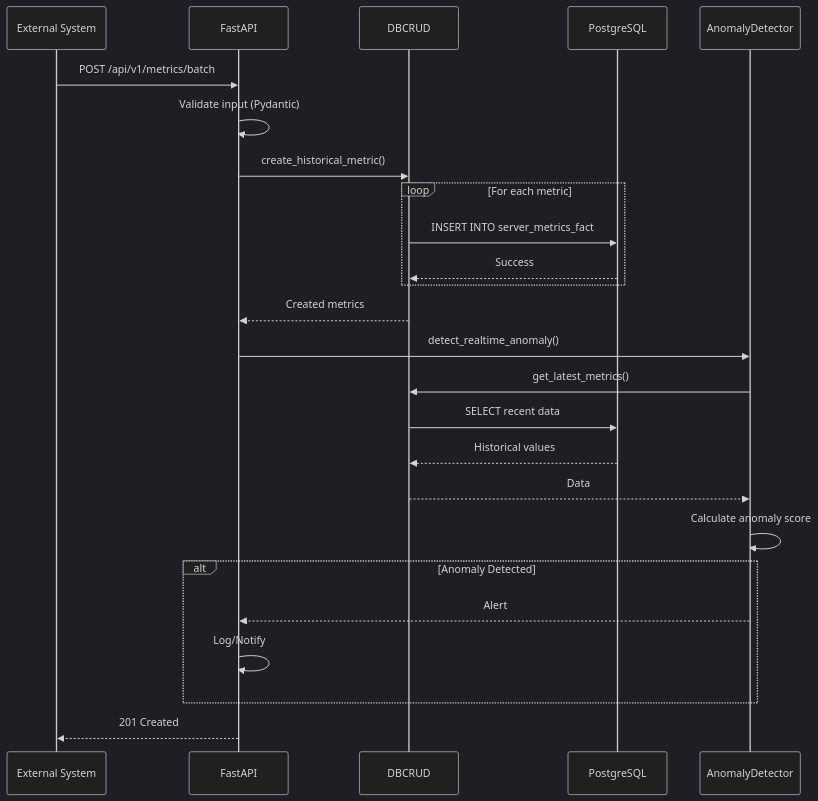
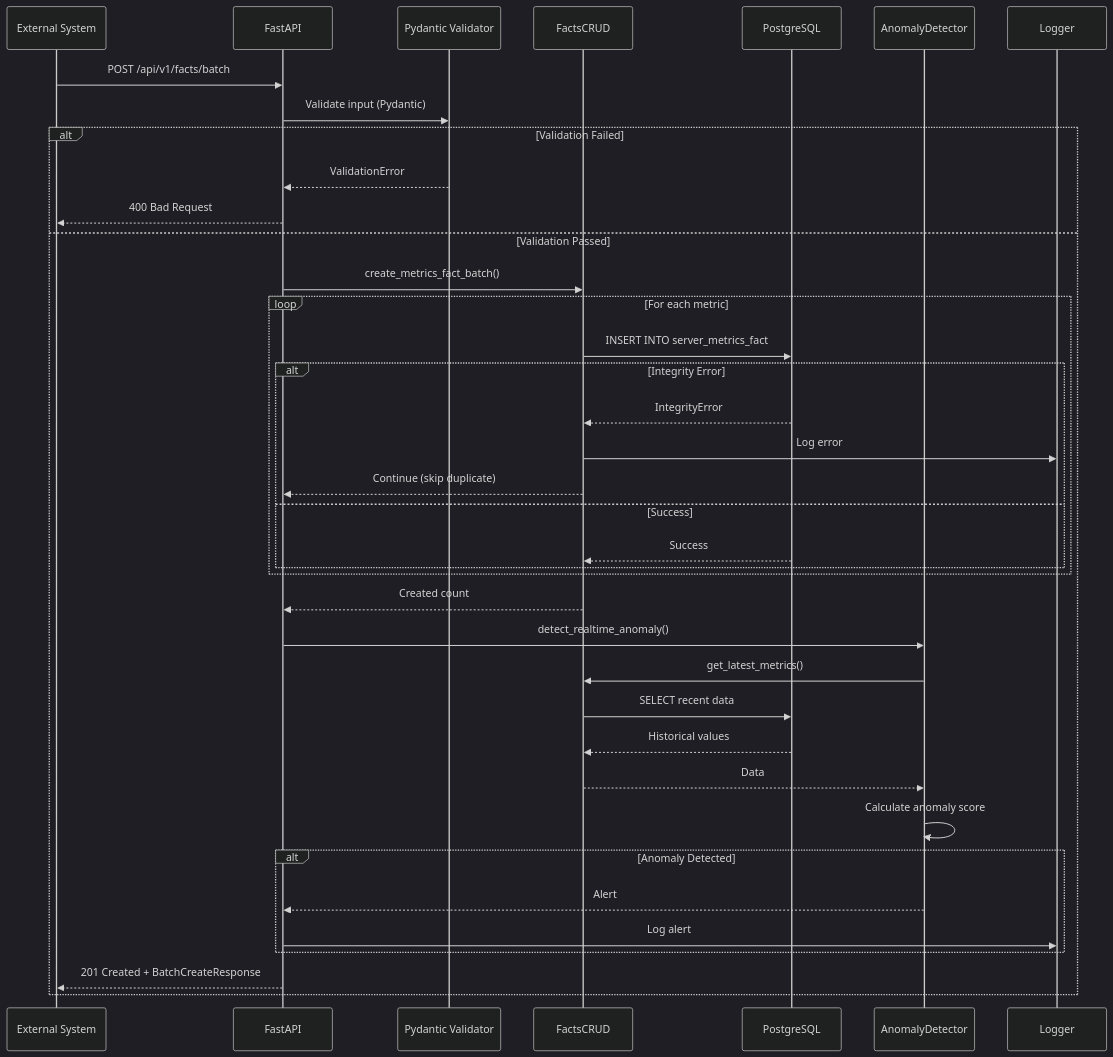
Before and after one commit to sweetd0vee/dashboard: the eighth of 16 diagrams in docs/ARCHITECTURE.md, drawn with Mermaid (dark theme). The commit also changed other lines of this file, not shown here.

Commit message:
added architecture

````diff
--- a/docs/ARCHITECTURE.md
+++ b/docs/ARCHITECTURE.md
@@ -298,30 +382,44 @@
 ```mermaid
 sequenceDiagram
     participant External as External System
     participant API as FastAPI
-    participant CRUD as DBCRUD
+    participant Validator as Pydantic Validator
+    participant CRUD as FactsCRUD
     participant DB as PostgreSQL
     participant Anomaly as AnomalyDetector
+    participant Logger as Logger
     
-    External->>API: POST /api/v1/metrics/batch
-    API->>API: Validate input (Pydantic)
-    API->>CRUD: create_historical_metric()
+    External->>API: POST /api/v1/facts/batch
+    API->>Validator: Validate input (Pydantic)
     
-    loop For each metric
-        CRUD->>DB: INSERT INTO server_metrics_fact
-        DB-->>CRUD: Success
+    alt Validation Failed
+        Validator-->>API: ValidationError
+        API-->>External: 400 Bad Request
+    else Validation Passed
+        API->>CRUD: create_metrics_fact_batch()
+        
+        loop For each metric
+            CRUD->>DB: INSERT INTO server_metrics_fact
+            alt Integrity Error
+                DB-->>CRUD: IntegrityError
+                CRUD->>Logger: Log error
+                CRUD-->>API: Continue (skip duplicate)
+            else Success
+                DB-->>CRUD: Success
+            end
+        end
+        
+        CRUD-->>API: Created count
+        API->>Anomaly: detect_realtime_anomaly()
+        Anomaly->>CRUD: get_latest_metrics()
+        CRUD->>DB: SELECT recent data
+        DB-->>CRUD: Historical values
+        CRUD-->>Anomaly: Data
+        Anomaly->>Anomaly: Calculate anomaly score
+        alt Anomaly Detected
+            Anomaly-->>API: Alert
+            API->>Logger: Log alert
+        end
+        API-->>External: 201 Created + BatchCreateResponse
     end
-    
-    CRUD-->>API: Created metrics
-    API->>Anomaly: detect_realtime_anomaly()
-    Anomaly->>CRUD: get_latest_metrics()
-    CRUD->>DB: SELECT recent data
-    DB-->>CRUD: Historical values
-    CRUD-->>Anomaly: Data
-    Anomaly->>Anomaly: Calculate anomaly score
-    alt Anomaly Detected
-        Anomaly-->>API: Alert
-        API->>API: Log/Notify
-    end
-    API-->>External: 201 Created
 ```
````
